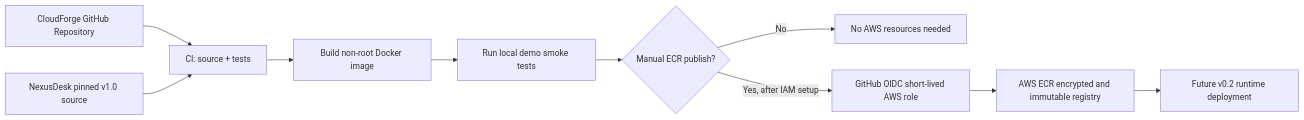
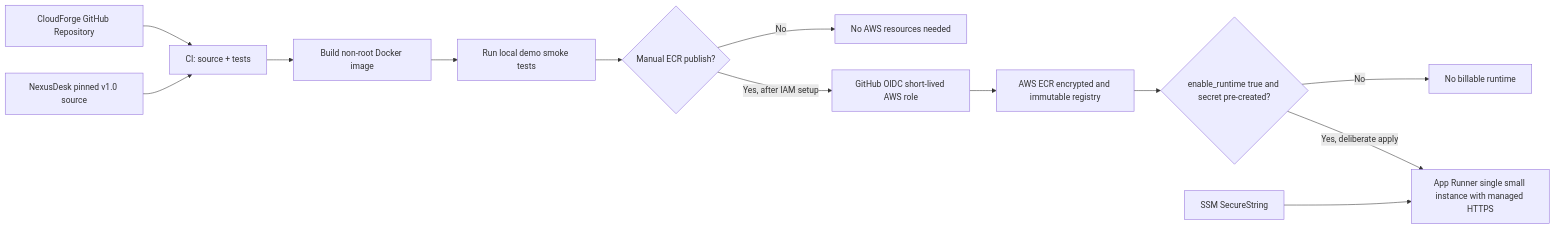
Before and after one commit to eddy235/CloudForge: the diagram in docs/ARCHITECTURE.md, drawn with Mermaid. The commit also changed other lines of this file, not shown here.

Commit message:
v0.2: clarify architecture, security boundaries, roadmap and cloud cost review

````diff
--- a/docs/ARCHITECTURE.md
+++ b/docs/ARCHITECTURE.md
@@ -6,12 +6,15 @@
 ```mermaid
 flowchart LR
     A[CloudForge GitHub Repository] --> B[CI: source + tests]
     N[NexusDesk pinned v1.0 source] --> B
     B --> C[Build non-root Docker image]
     C --> D[Run local demo smoke tests]
     D --> E{Manual ECR publish?}
     E -->|No| F[No AWS resources needed]
     E -->|Yes, after IAM setup| G[GitHub OIDC short-lived AWS role]
     G --> H[AWS ECR encrypted and immutable registry]
-    H --> I[Future v0.2 runtime deployment]
+    H --> I{enable_runtime true and secret pre-created?}
+    I -->|No| J[No billable runtime]
+    I -->|Yes, deliberate apply| K[App Runner single small instance with managed HTTPS]
+    S[SSM SecureString] --> K
 ```
````
